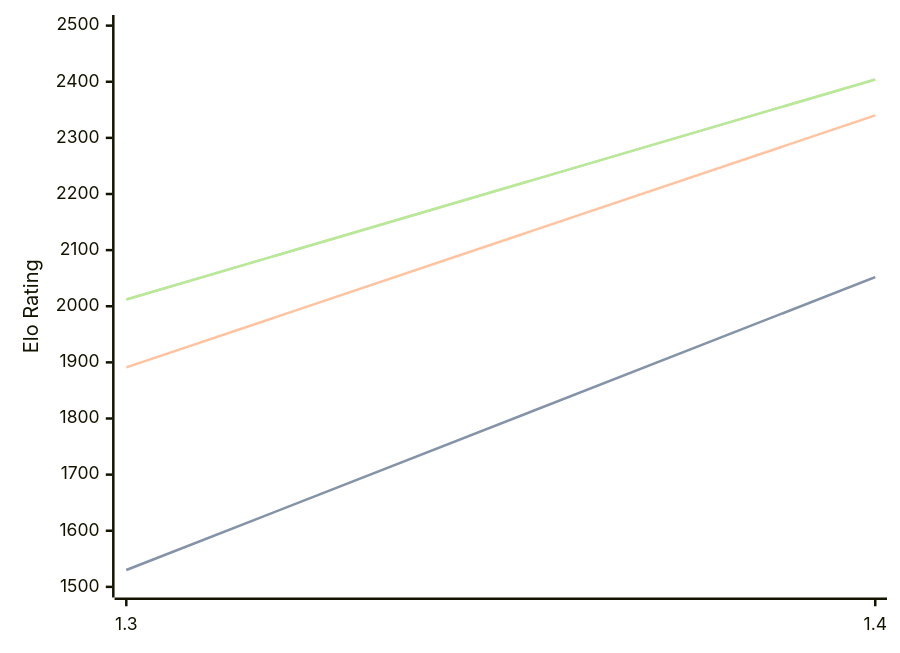
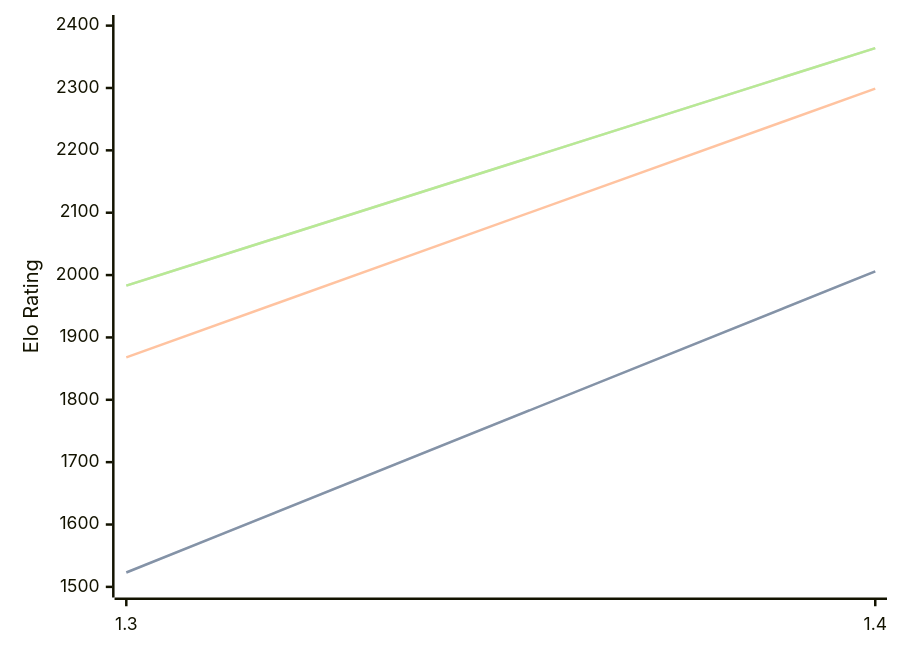
One commit to computer-chess-index/cci changed the diagram in engines/Facon.md. Above: the diagram before and after it, drawn with Mermaid. The commit also changed other lines of this file, not shown here.

Commit message:
Update CCI Ratings (ELO VLTC) - 2026-05-19

````diff
--- a/engines/Facon.md
+++ b/engines/Facon.md
@@ -35,11 +35,11 @@
 ```mermaid
 %%{init: {"theme":"base","themeVariables":{"seriesColors:['#a3a3a3','#222221','#faa371']}}}%%
 xychart-beta
   x-axis ["1.3", "1.4"]
-  y-axis "Elo Rating" 1500 --> 2500
-  line "STC (8.0+0.08s)" [1530, 2052]
-  line "STC (8.0+0.08s)" [1530, 2052]
-  line "LTC (60.0+0.60s)" [1891, 2340]
-  line "VLTC (2m24s+1.12s)" [2012, 2404]
-  line "VLTC (2m24s+1.12s)" [2012, 2404]
+  y-axis "Elo Rating" 1500 --> 2400
+  line "STC (8.0+0.08s)" [1523, 2006]
+  line "STC (8.0+0.08s)" [1523, 2006]
+  line "LTC (60.0+0.60s)" [1868, 2299]
+  line "VLTC (2m24s+1.12s)" [1983, 2364]
+  line "VLTC (2m24s+1.12s)" [1983, 2364]
 ```
````
